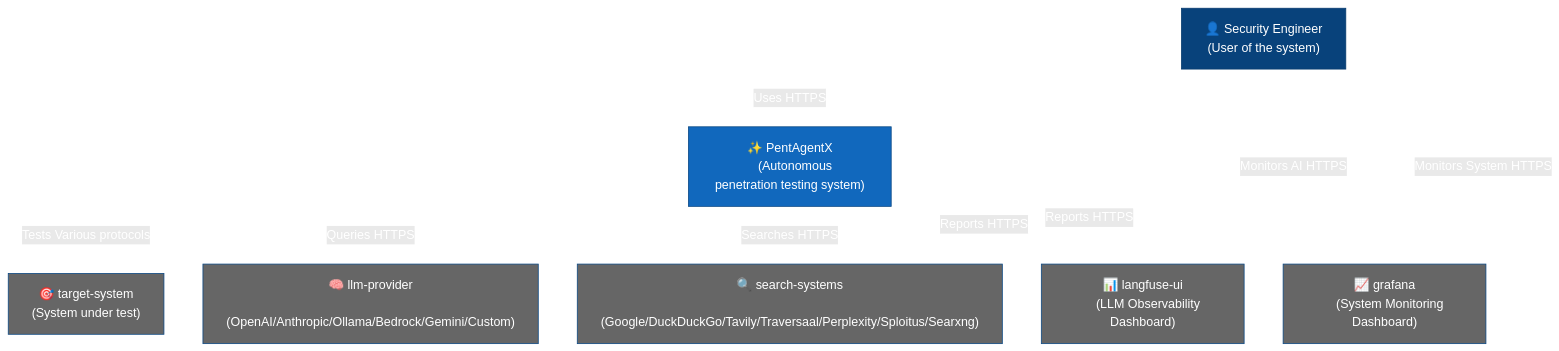
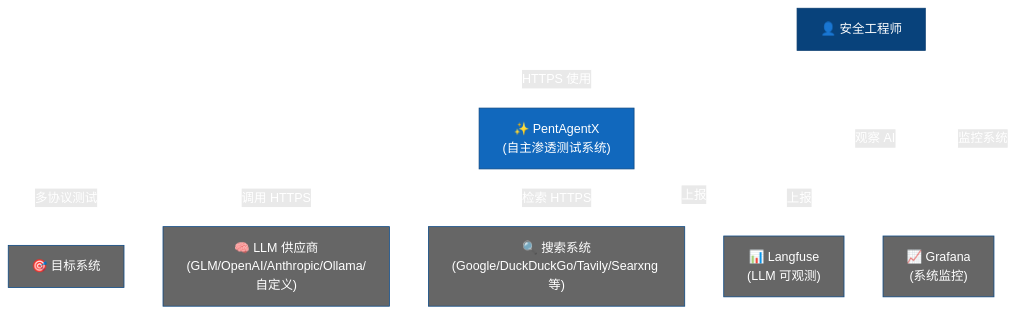
Before and after one commit to fww111/LLM_pentagi: the diagram in README.md, drawn with Mermaid. The commit also changed other lines of this file and 1 other file, not shown here.

````diff
--- a/README.md
+++ b/README.md
@@ -82,38 +44,29 @@
 ```mermaid
 flowchart TB
     classDef person fill:#08427B,stroke:#073B6F,color:#fff
     classDef system fill:#1168BD,stroke:#0B4884,color:#fff
     classDef external fill:#666666,stroke:#0B4884,color:#fff
 
-    pentester["👤 Security Engineer
-    (User of the system)"]
+    pentester["👤 安全工程师"]
+    pentagentx["✨ PentAgentX<br/>(自主渗透测试系统)"]
+    target["🎯 目标系统"]
+    llm["🧠 LLM 供应商<br/>(GLM/OpenAI/Anthropic/Ollama/自定义)"]
+    search["🔍 搜索系统<br/>(Google/DuckDuckGo/Tavily/Searxng 等)"]
+    langfuse["📊 Langfuse<br/>(LLM 可观测)"]
+    grafana["📈 Grafana<br/>(系统监控)"]
 
-    pentagentx["✨ PentAgentX
-    (Autonomous penetration testing system)"]
-
-    target["🎯 target-system
-    (System under test)"]
-    llm["🧠 llm-provider
-    (OpenAI/Anthropic/Ollama/Bedrock/Gemini/Custom)"]
-    search["🔍 search-systems
-    (Google/DuckDuckGo/Tavily/Traversaal/Perplexity/Sploitus/Searxng)"]
-    langfuse["📊 langfuse-ui
-    (LLM Observability Dashboard)"]
-    grafana["📈 grafana
-    (System Monitoring Dashboard)"]
-
-    pentester --> |Uses HTTPS| pentagentx
-    pentester --> |Monitors AI HTTPS| langfuse
-    pentester --> |Monitors System HTTPS| grafana
-    pentagentx --> |Tests Various protocols| target
-    pentagentx --> |Queries HTTPS| llm
-    pentagentx --> |Searches HTTPS| search
-    pentagentx --> |Reports HTTPS| langfuse
-    pentagentx --> |Reports HTTPS| grafana
+    pentester -->|HTTPS 使用| pentagentx
+    pentester -->|观察 AI| langfuse
+    pentester -->|监控系统| grafana
+    pentagentx -->|多协议测试| target
+    pentagentx -->|调用 HTTPS| llm
+    pentagentx -->|检索 HTTPS| search
+    pentagentx -->|上报| langfuse
+    pentagentx -->|上报| grafana
 
     class pentester person
     class pentagentx system
     class target,llm,search,langfuse,grafana external
 
     linkStyle default stroke:#ffffff,color:#ffffff
 ```
````
